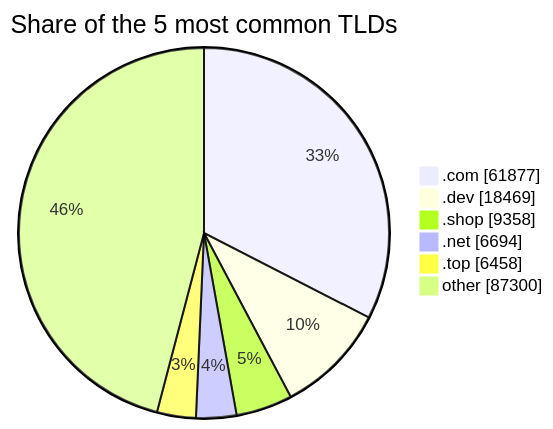
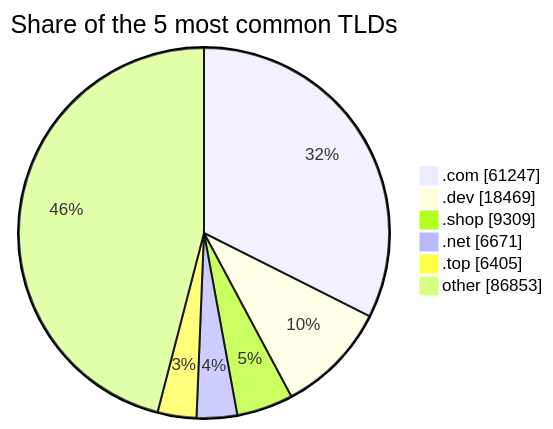
Before and after one commit to DNSBunker/CTI: the third of 3 diagrams in README.md, drawn with Mermaid. The commit also changed other lines of this file and 3 other files, not shown here.

````diff
--- a/README.md
+++ b/README.md
@@ -81,9 +81,9 @@
 ```mermaid
 pie showData title Share of the 5 most common TLDs
-    ".com" : 61877
+    ".com" : 61247
     ".dev" : 18469
-    ".shop" : 9358
-    ".net" : 6694
-    ".top" : 6458
-    "other" : 87300
+    ".shop" : 9309
+    ".net" : 6671
+    ".top" : 6405
+    "other" : 86853
 ```
````
